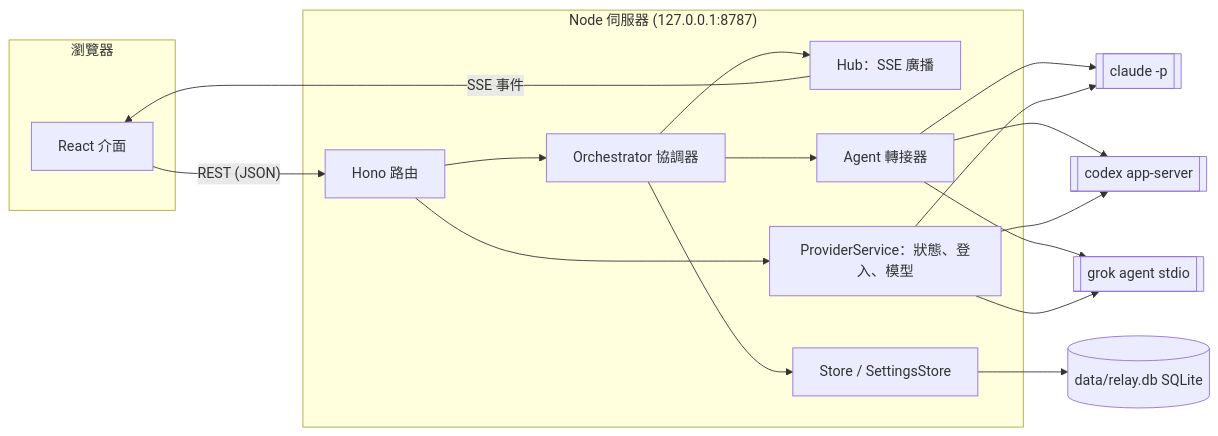
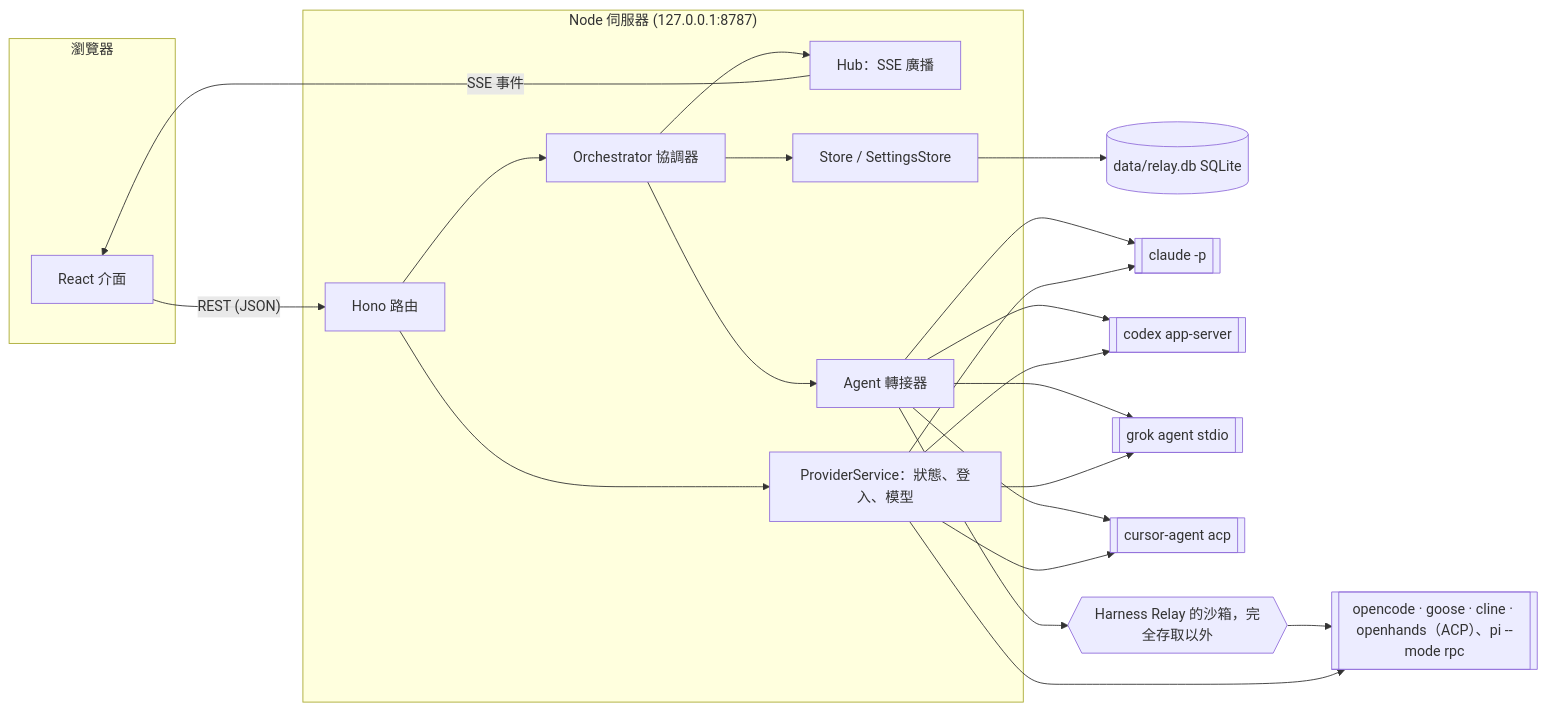
The first of 2 diagrams in docs/architecture.zh-TW.md (Agentic-System-Lab/harness-relay), drawn with Mermaid before and after one commit. The commit also changed other lines of this file and 307 other files, not shown here.

First line of the commit message:
Bring Cursor and the open-source agents together: nine coding agents in one chat (#13)

````diff
--- a/docs/architecture.zh-TW.md
+++ b/docs/architecture.zh-TW.md
@@ -12,29 +12,33 @@
 ```mermaid
 flowchart LR
   subgraph Browser["瀏覽器"]
     UI[React 介面]
   end
   subgraph Server["Node 伺服器 (127.0.0.1:8787)"]
     API[Hono 路由]
     ORCH[Orchestrator 協調器]
     HUB[Hub：SSE 廣播]
     STORE[Store / SettingsStore]
     PROV[ProviderService：狀態、登入、模型]
     RUN[Agent 轉接器]
   end
   DB[(data/relay.db SQLite)]
   CLAUDE[[claude -p]]
   CODEX[[codex app-server]]
   GROK[[grok agent stdio]]
+  CURSOR[[cursor-agent acp]]
+  SBX{{Harness Relay 的沙箱，完全存取以外}}
+  OPEN[["opencode · goose · cline · openhands（ACP）、pi --mode rpc"]]
 
   UI -- REST (JSON) --> API
   HUB -- SSE 事件 --> UI
   API --> ORCH
   API --> PROV
   ORCH --> RUN
   ORCH --> HUB
   ORCH --> STORE
   STORE --> DB
-  RUN --> CLAUDE & CODEX & GROK
-  PROV --> CLAUDE & CODEX & GROK
+  RUN --> CLAUDE & CODEX & GROK & CURSOR
+  RUN --> SBX --> OPEN
+  PROV --> CLAUDE & CODEX & GROK & CURSOR & OPEN
 ```
````
